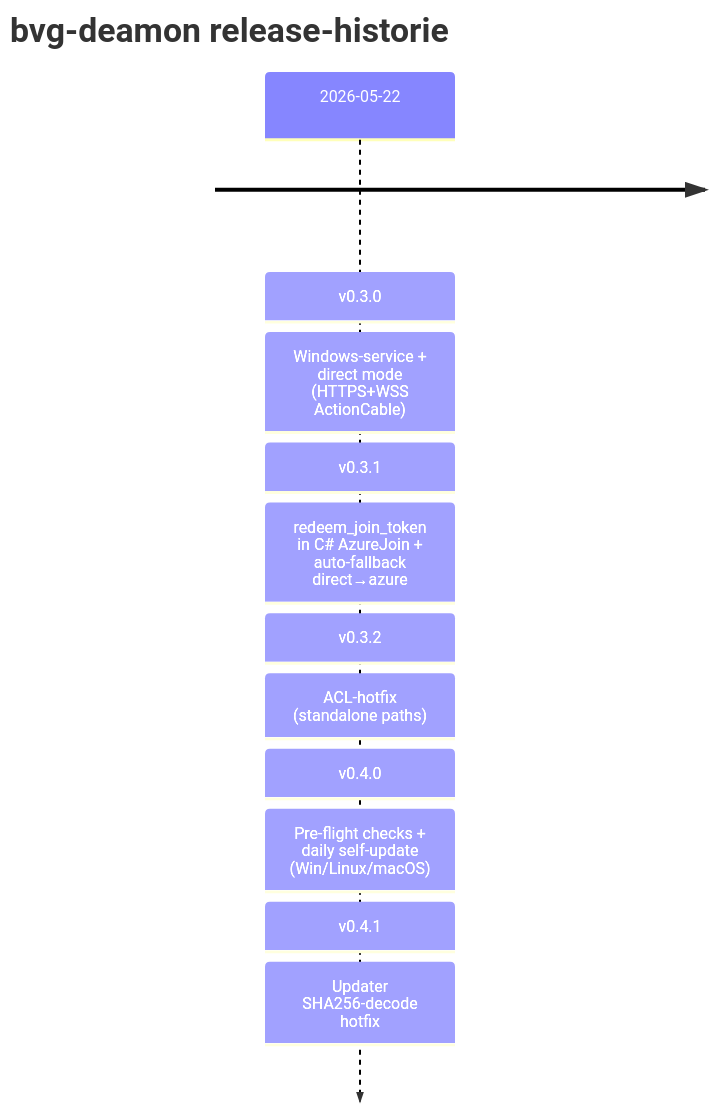
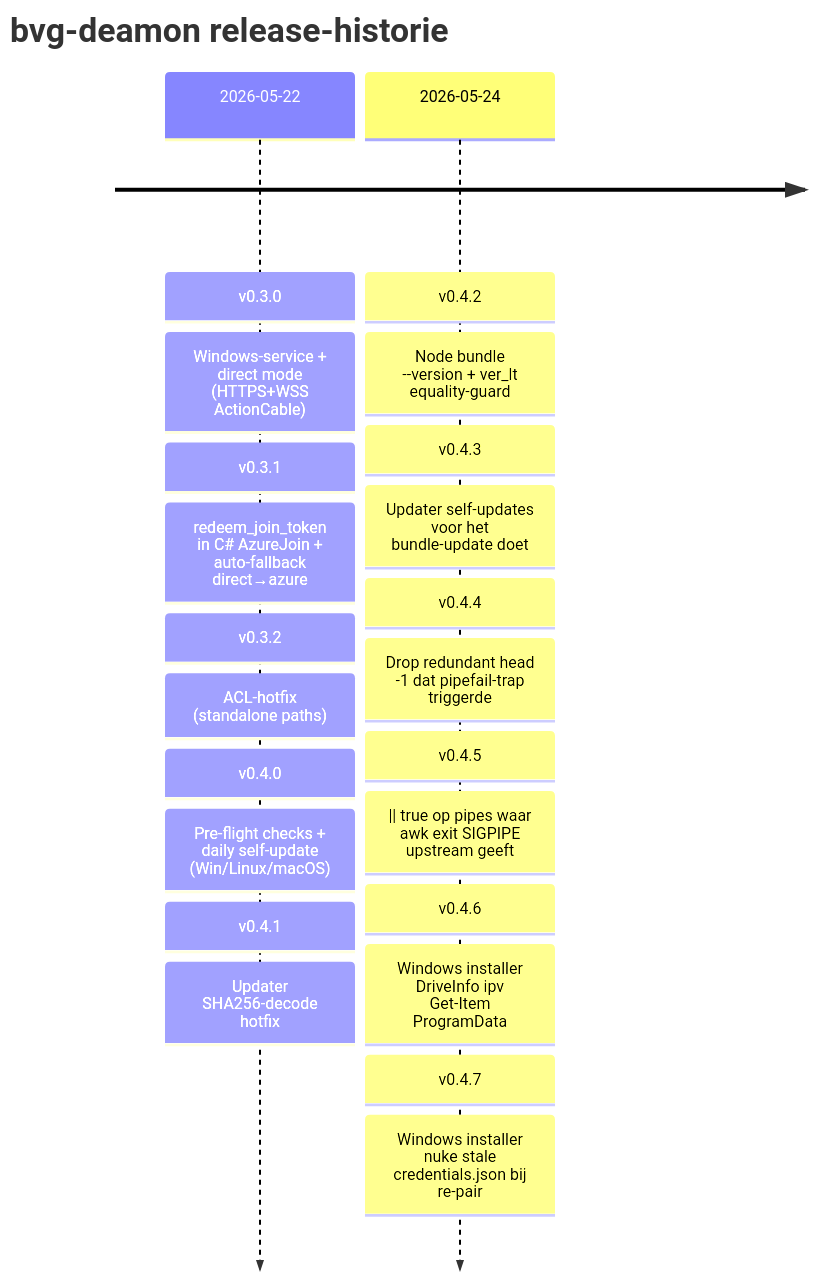
Before and after one commit to appfabriek/bvg-deamon: the diagram in docs/STATUS.md, drawn with Mermaid. The commit also changed other lines of this file and 1 other file, not shown here.

First line of the commit message:
docs: STATUS + CHANGELOG voor v0.4.2-v0.4.7 (#16)

````diff
--- a/docs/STATUS.md
+++ b/docs/STATUS.md
@@ -8,9 +8,15 @@
 ```mermaid
 timeline
     title bvg-deamon release-historie
     2026-05-22 : v0.3.0 : Windows-service + direct mode (HTTPS+WSS ActionCable)
                : v0.3.1 : redeem_join_token in C# AzureJoin + auto-fallback direct→azure
                : v0.3.2 : ACL-hotfix (standalone paths)
                : v0.4.0 : Pre-flight checks + daily self-update (Win/Linux/macOS)
                : v0.4.1 : Updater SHA256-decode hotfix
+    2026-05-24 : v0.4.2 : Node bundle --version + ver_lt equality-guard
+               : v0.4.3 : Updater self-updates voor het bundle-update doet
+               : v0.4.4 : Drop redundant head -1 dat pipefail-trap triggerde
+               : v0.4.5 : || true op pipes waar awk exit SIGPIPE upstream geeft
+               : v0.4.6 : Windows installer DriveInfo ipv Get-Item ProgramData
+               : v0.4.7 : Windows installer nuke stale credentials.json bij re-pair
 ```
````
